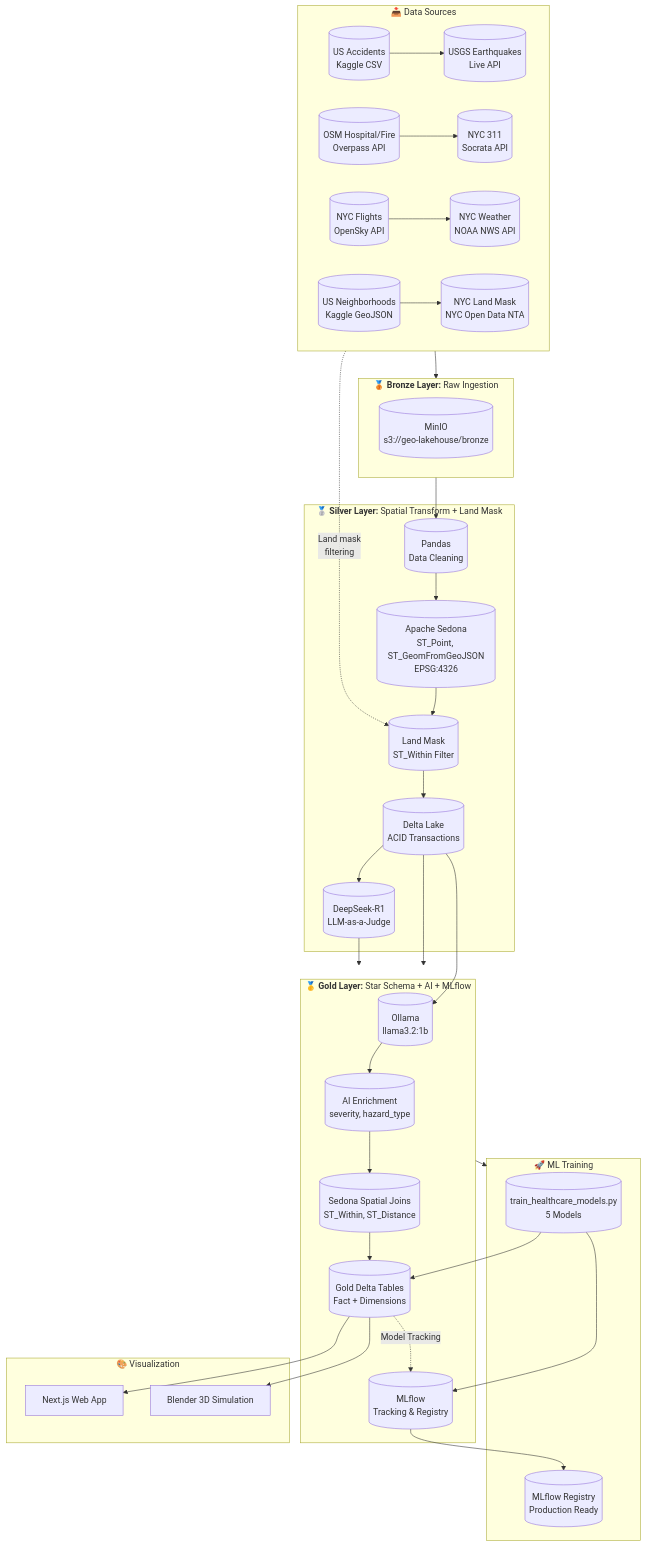
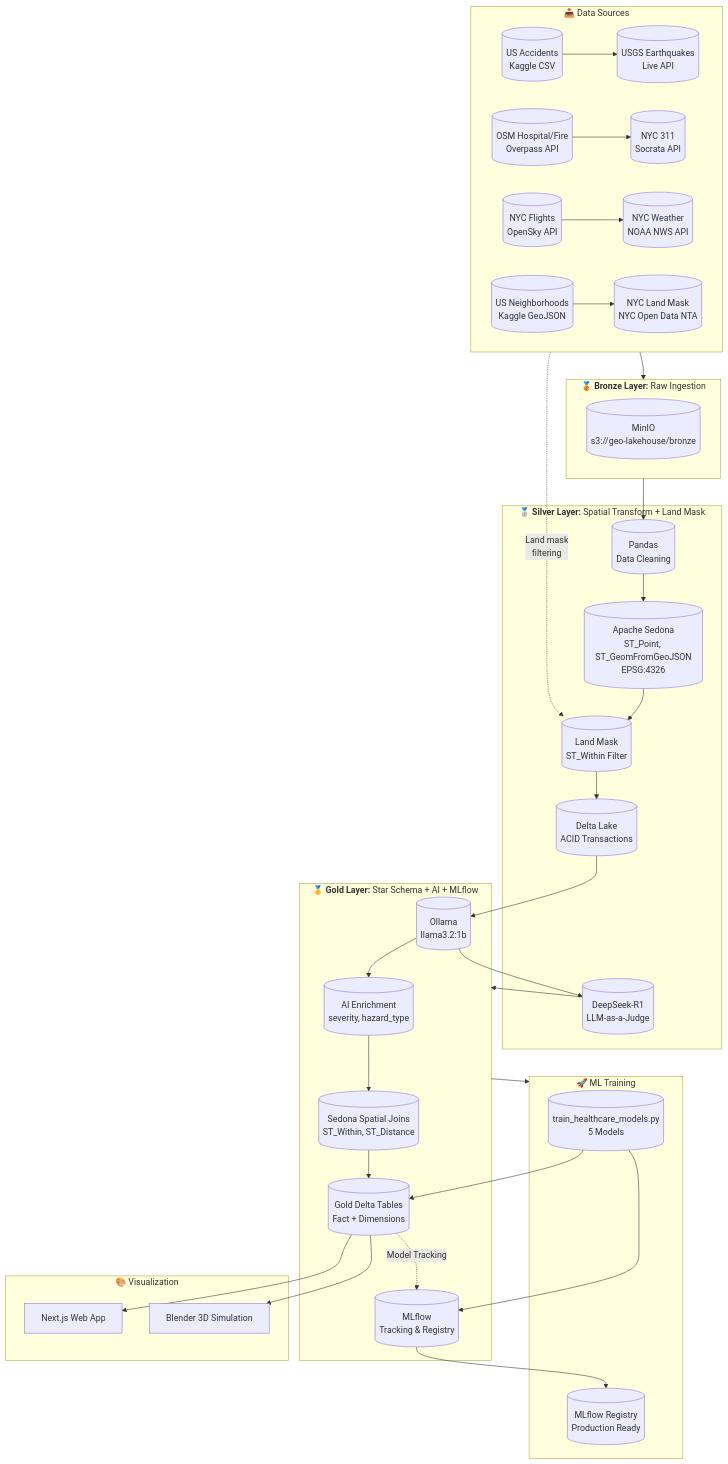
Before and after one commit to matiasmagni/geo-ai-medallion-architecture-pipeline: the first of 7 diagrams in README.md, drawn with Mermaid. The commit also changed other lines of this file and 4 other files, not shown here.

First line of the commit message:
fix: Enable Sedona spatial functions, fix Gold schema issues, fix Spark container

````diff
--- a/README.md
+++ b/README.md
@@ -40,60 +40,59 @@
 ```mermaid
 flowchart TB
     subgraph Sources["📥 Data Sources"]
         direction LR
         S1[("US Accidents<br/>Kaggle CSV")] --> S2[("USGS Earthquakes<br/>Live API")]
         S3[("OSM Hospital/Fire<br/>Overpass API")] --> S4[("NYC 311<br/>Socrata API")]
         S5[("NYC Flights<br/>OpenSky API")] --> S6[("NYC Weather<br/>NOAA NWS API")]
         S7[("US Neighborhoods<br/>Kaggle GeoJSON")] --> S8[("NYC Land Mask<br/>NYC Open Data NTA")]
     end
     
     subgraph Bronze["<b>🥉 Bronze Layer:</b> Raw Ingestion"]
         B[("MinIO<br/>s3://geo-lakehouse/bronze")]
     end
     
     subgraph Silver["<b>🥈 Silver Layer:</b> Spatial Transform + Land Mask"]
         ST[("Apache Sedona<br/>ST_Point, ST_GeomFromGeoJSON<br/>EPSG:4326")]
         PANDAS[("Pandas<br/>Data Cleaning")]
         Mask[("Land Mask<br/>ST_Within Filter")]
         SDelta[("Delta Lake<br/>ACID Transactions")]
         Judge[("DeepSeek-R1<br/>LLM-as-a-Judge")]
     end
     
     subgraph Gold["<b>🥇 Gold Layer:</b> Star Schema + AI + MLflow"]
         Ollama[("Ollama<br/>llama3.2:1b")]
         AI[("AI Enrichment<br/>severity, hazard_type")]
         SJ[("Sedona Spatial Joins<br/>ST_Within, ST_Distance")]
         GF[("Gold Delta Tables<br/>Fact + Dimensions")]
         ML[("MLflow<br/>Tracking & Registry")]
     end
     
     subgraph Training["🚀 ML Training"]
         T[("train_healthcare_models.py<br/>5 Models")]
         T --> ML
         ML --> MR[("MLflow Registry<br/>Production Ready")]
     end
     
     subgraph Viz["🎨 Visualization"]
         WA["Next.js Web App"]
         B3D["Blender 3D Simulation"]
     end
     
     Sources --> Bronze
     Bronze --> PANDAS
     PANDAS --> ST
     ST --> Mask
     Mask --> SDelta
-    SDelta --> Judge
-    SDelta --> Gold
+    SDelta --> Ollama
+    Ollama --> Judge
     Judge --> Gold
     Gold --> Training
     S8 -.->|Land mask<br/>filtering| Mask
-    SDelta --> Ollama
     Ollama --> AI
     AI --> SJ
     SJ --> GF
     GF -.->|Model Tracking| ML
     GF --> WA
     GF --> B3D
     T --> GF
 ```
````
